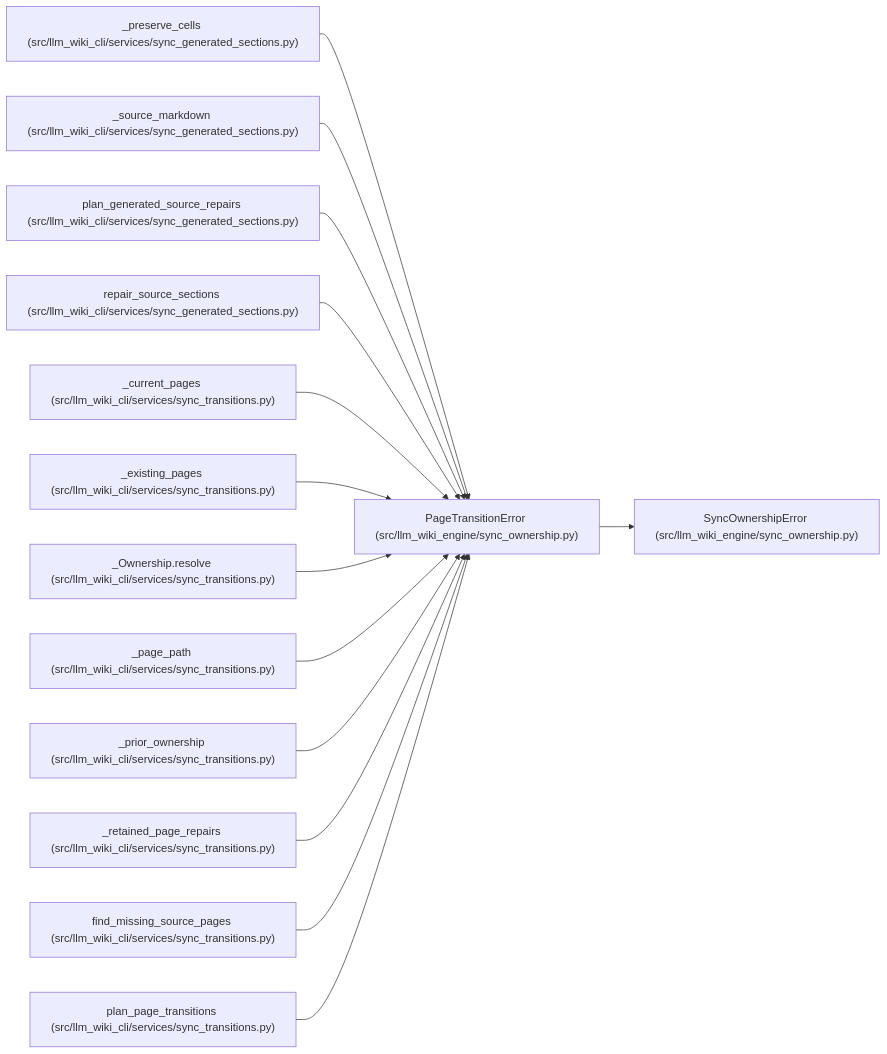
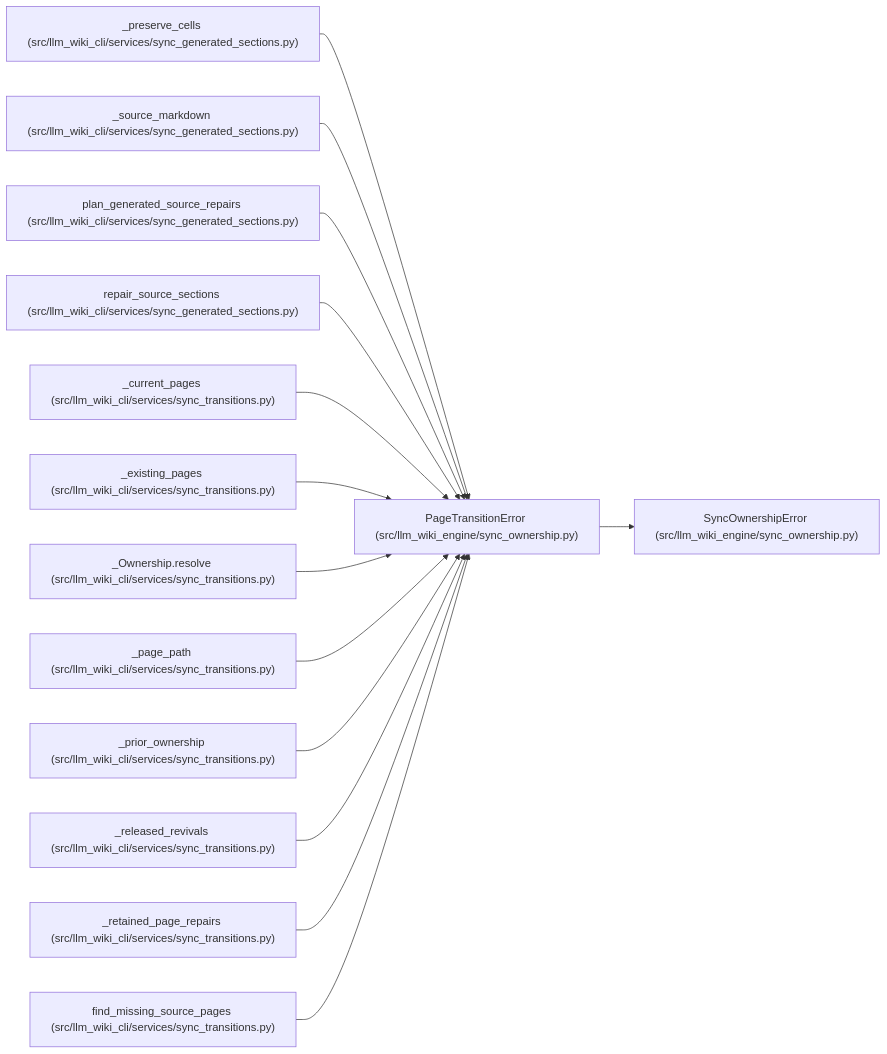
The diagram in docs/llm_wiki/entities/PageTransitionError.md (Denissvgn/python-wiki-llm), drawn with Mermaid before and after one commit. The commit also changed other lines of this file and 699 other files, not shown here.

````diff
--- a/docs/llm_wiki/entities/PageTransitionError.md
+++ b/docs/llm_wiki/entities/PageTransitionError.md
@@ -23,44 +23,44 @@
 ```mermaid
 flowchart LR
     n0["PageTransitionError (src/llm_wiki_engine/sync_ownership.py)"]
     n1["SyncOwnershipError (src/llm_wiki_engine/sync_ownership.py)"]
     n2["_preserve_cells (src/llm_wiki_cli/services/sync_generated_sections.py)"]
     n3["_source_markdown (src/llm_wiki_cli/services/sync_generated_sections.py)"]
     n4["plan_generated_source_repairs (src/llm_wiki_cli/services/sync_generated_sections.py)"]
     n5["repair_source_sections (src/llm_wiki_cli/services/sync_generated_sections.py)"]
     n6["_current_pages (src/llm_wiki_cli/services/sync_transitions.py)"]
     n7["_existing_pages (src/llm_wiki_cli/services/sync_transitions.py)"]
     n8["_Ownership.resolve (src/llm_wiki_cli/services/sync_transitions.py)"]
     n9["_page_path (src/llm_wiki_cli/services/sync_transitions.py)"]
     n10["_prior_ownership (src/llm_wiki_cli/services/sync_transitions.py)"]
-    n11["_retained_page_repairs (src/llm_wiki_cli/services/sync_transitions.py)"]
-    n12["find_missing_source_pages (src/llm_wiki_cli/services/sync_transitions.py)"]
-    n13["plan_page_transitions (src/llm_wiki_cli/services/sync_transitions.py)"]
+    n11["_released_revivals (src/llm_wiki_cli/services/sync_transitions.py)"]
+    n12["_retained_page_repairs (src/llm_wiki_cli/services/sync_transitions.py)"]
+    n13["find_missing_source_pages (src/llm_wiki_cli/services/sync_transitions.py)"]
     n0 --> n1
     n2 --> n0
     n3 --> n0
     n4 --> n0
     n5 --> n0
     n6 --> n0
     n7 --> n0
     n8 --> n0
     n9 --> n0
     n10 --> n0
     n11 --> n0
     n12 --> n0
     n13 --> n0
     click n0 "../modules/sync_ownership.md"
     click n1 "../modules/sync_ownership.md"
     click n2 "../modules/sync_generated_sections.md"
     click n3 "../modules/sync_generated_sections.md"
     click n4 "../modules/sync_generated_sections.md"
     click n5 "../modules/sync_generated_sections.md"
     click n6 "../modules/sync_transitions.md"
     click n7 "../modules/sync_transitions.md"
     click n8 "../modules/sync_transitions.md"
     click n9 "../modules/sync_transitions.md"
     click n10 "../modules/sync_transitions.md"
     click n11 "../modules/sync_transitions.md"
     click n12 "../modules/sync_transitions.md"
     click n13 "../modules/sync_transitions.md"
 ```
````
